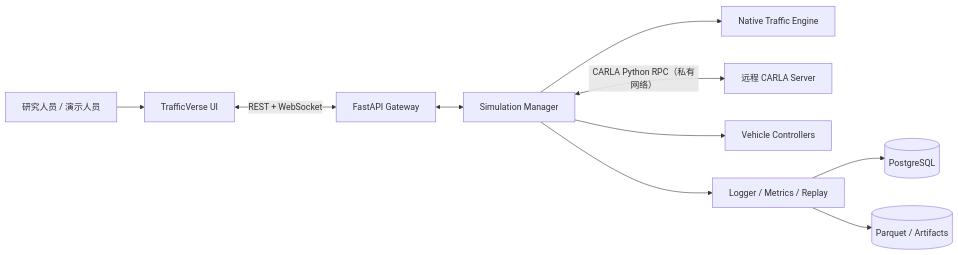
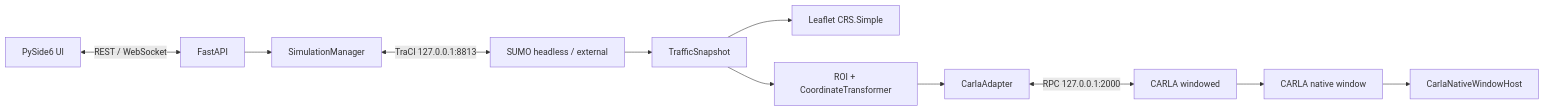
The diagram in docs/SYSTEM_DESIGN.md (Harry-jiajia/TrafficSIM), drawn with Mermaid before and after one commit. The commit also changed other lines of this file and 83 other files, not shown here.

````diff
--- a/docs/SYSTEM_DESIGN.md
+++ b/docs/SYSTEM_DESIGN.md
@@ -64,12 +26,13 @@
 ```mermaid
 flowchart LR
-    User["研究人员 / 演示人员"] --> UI["TrafficVerse UI"]
-    UI <-->|"REST + WebSocket"| API["FastAPI Gateway"]
-    API <--> SM["Simulation Manager"]
-    SM --> NTE["Native Traffic Engine"]
-    SM <-->|"CARLA Python RPC（私有网络）"| CARLA["远程 CARLA Server"]
-    SM --> CTRL["Vehicle Controllers"]
-    SM --> LOG["Logger / Metrics / Replay"]
-    LOG --> PG[("PostgreSQL")]
-    LOG --> PQ[("Parquet / Artifacts")]
+    UI["PySide6 UI"] <-->|"REST / WebSocket"| API["FastAPI"]
+    API --> SM["SimulationManager"]
+    SM <-->|"TraCI 127.0.0.1:8813"| SUMO["SUMO headless / external"]
+    SUMO --> SNAP["TrafficSnapshot"]
+    SNAP --> MAP["Leaflet CRS.Simple"]
+    SNAP --> ROI["ROI + CoordinateTransformer"]
+    ROI --> CA["CarlaAdapter"]
+    CA <-->|"RPC 127.0.0.1:2000"| CARLA["CARLA windowed"]
+    CARLA --> WIN["CARLA native window"]
+    WIN --> HOST["CarlaNativeWindowHost"]
 ```
````
